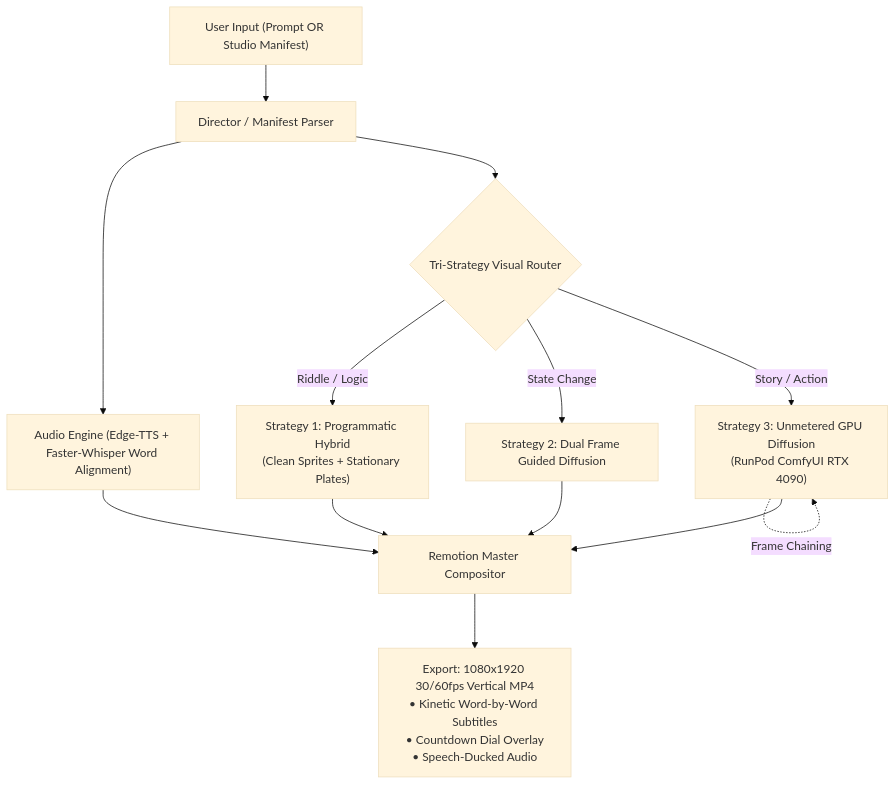
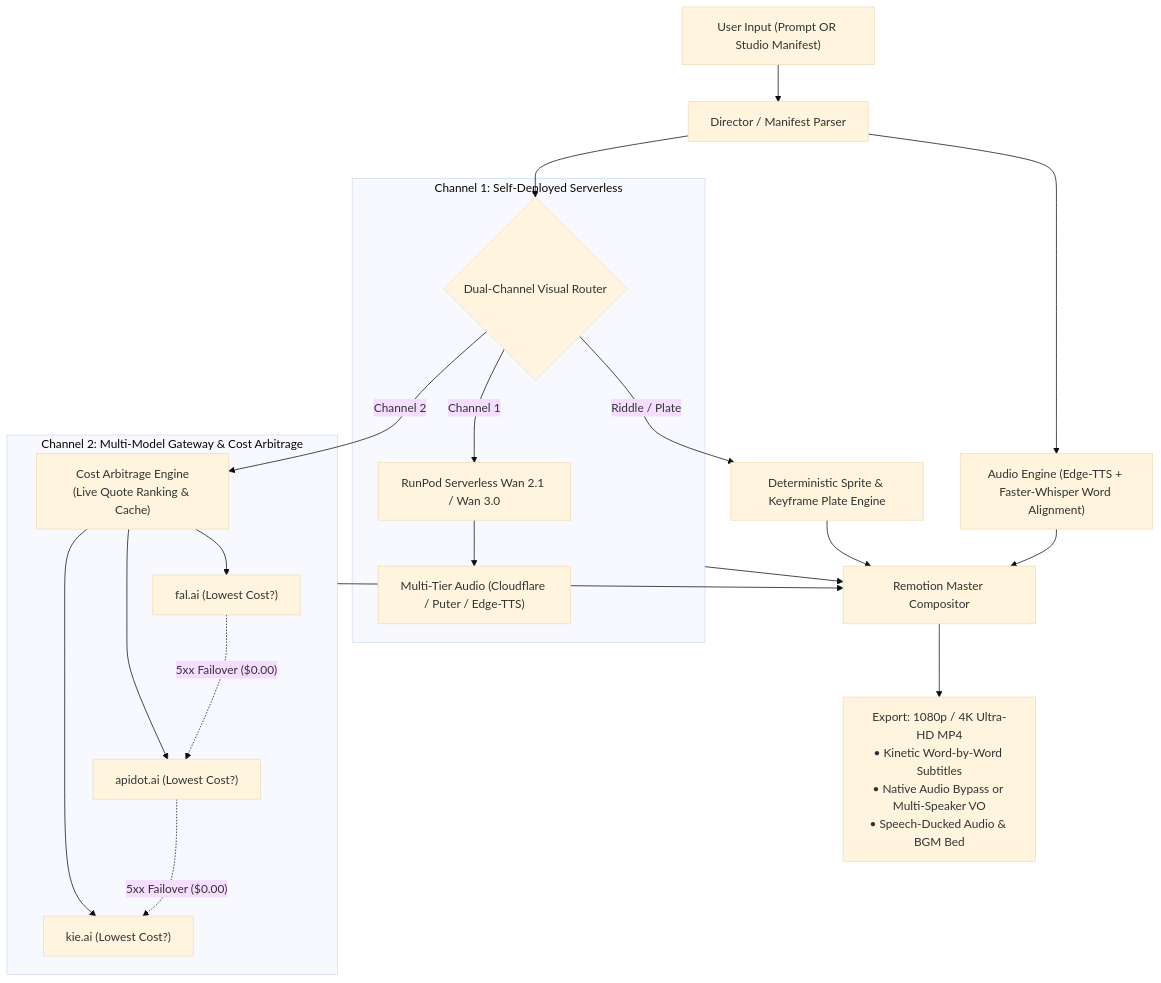
One commit to ashishkumawatofficial/ai-text-to-video changed the diagram in README.md. Above: the diagram before and after it, drawn with Mermaid (base theme). The commit also changed other lines of this file and 73 other files, not shown here.

Commit message:
feat: multi-provider video routing, prompt synthesis upgrade, and dual-prompt decoupling

````diff
--- a/README.md
+++ b/README.md
@@ -41,19 +56,30 @@
 ```mermaid
 flowchart TD
     A["User Input (Prompt OR Studio Manifest)"] --> B["Director / Manifest Parser"]
     B --> C["Audio Engine (Edge-TTS + Faster-Whisper Word Alignment)"]
     
-    B --> D{"Tri-Strategy Visual Router"}
-    D -- "Riddle / Logic" --> E["Strategy 1: Programmatic Hybrid<br/>(Clean Sprites + Stationary Plates)"]
-    D -- "State Change" --> F["Strategy 2: Dual Frame Guided Diffusion"]
-    D -- "Story / Action" --> G["Strategy 3: Unmetered GPU Diffusion<br/>(RunPod ComfyUI RTX 4090)"]
+    B --> D{"Dual-Channel Visual Router"}
     
-    G -. "Frame Chaining" .-> G
+    subgraph Channel1["Channel 1: Self-Deployed Serverless"]
+        D -- "Channel 1" --> S1["RunPod Serverless Wan 2.1 / Wan 3.0"]
+        S1 --> S2["Multi-Tier Audio (Cloudflare / Puter / Edge-TTS)"]
+    end
     
-    E --> H["Remotion Master Compositor"]
-    F --> H
-    G --> H
+    subgraph Channel2["Channel 2: Multi-Model Gateway & Cost Arbitrage"]
+        D -- "Channel 2" --> ARB["Cost Arbitrage Engine<br/>(Live Quote Ranking & Cache)"]
+        ARB --> P1["fal.ai (Lowest Cost?)"]
+        ARB --> P2["apidot.ai (Lowest Cost?)"]
+        ARB --> P3["kie.ai (Lowest Cost?)"]
+        P1 -. "5xx Failover ($0.00)" .-> P2
+        P2 -. "5xx Failover ($0.00)" .-> P3
+    end
+    
+    D -- "Riddle / Plate" --> LOCAL["Deterministic Sprite & Keyframe Plate Engine"]
+    
+    Channel1 --> H["Remotion Master Compositor"]
+    Channel2 --> H
+    LOCAL --> H
     C --> H
     
-    H --> I["Export: 1080x1920 30/60fps Vertical MP4<br/>• Kinetic Word-by-Word Subtitles<br/>• Countdown Dial Overlay<br/>• Speech-Ducked Audio"]
+    H --> I["Export: 1080p / 4K Ultra-HD MP4<br/>• Kinetic Word-by-Word Subtitles<br/>• Native Audio Bypass or Multi-Speaker VO<br/>• Speech-Ducked Audio & BGM Bed"]
 ```
````
